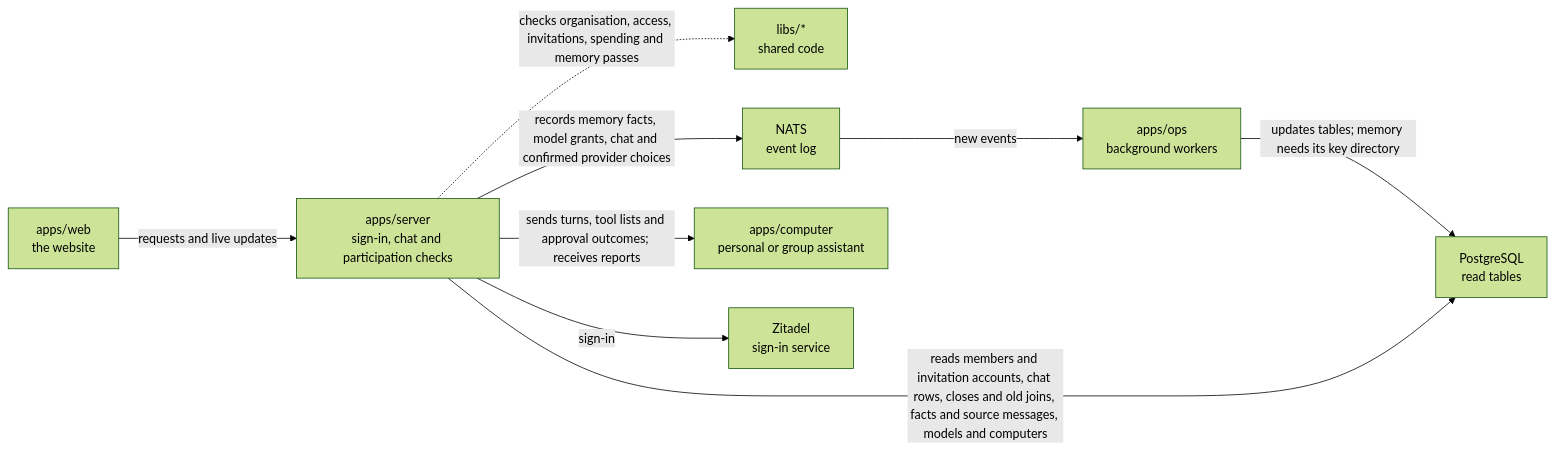
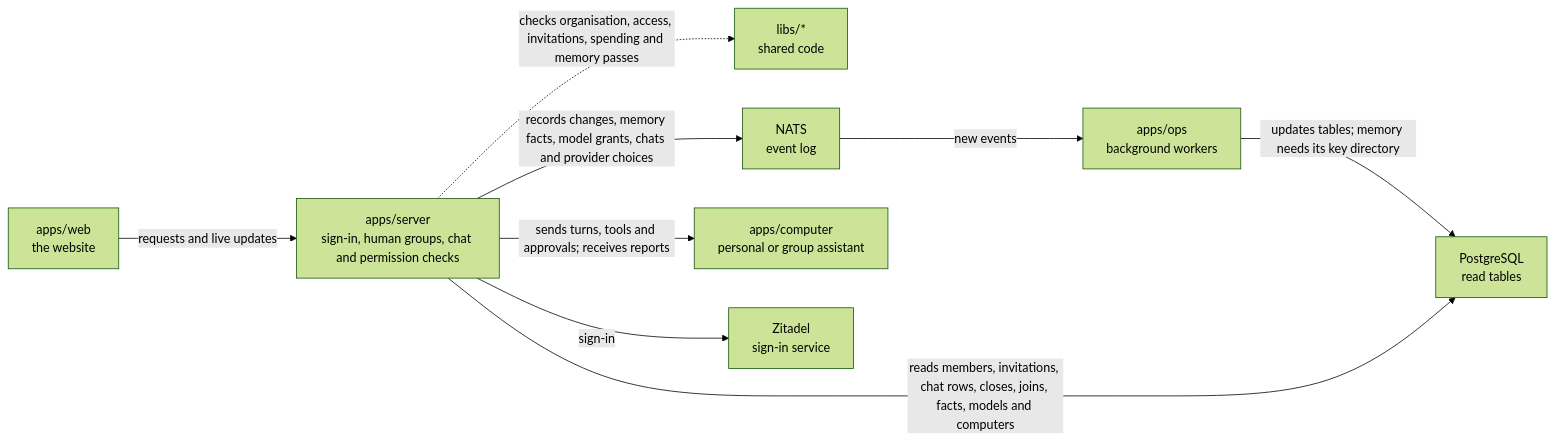
The diagram in apps/server/README.md (elewa-git/opencrane-new), drawn with Mermaid (forest theme) before and after one commit. The commit also changed other lines of this file and 18 other files, not shown here.

First line of the commit message:
👥 Members can start a group chat from colleagues or a reviewed group snapshot, and messages never start AI work (#298)

````diff
--- a/apps/server/README.md
+++ b/apps/server/README.md
@@ -11,13 +11,11 @@
 ```mermaid
 flowchart LR
-
-  web["apps/web<br/>the website"] -->|requests and live updates| server["apps/server<br/>sign-in, chat and participation checks"]
+  web["apps/web<br/>the website"] -->|requests and live updates| server["apps/server<br/>sign-in, human groups, chat and permission checks"]
   server -.->|checks organisation, access, invitations, spending and memory passes| libs["libs/*<br/>shared code"]
-  server -->|records memory facts, model grants, chat and confirmed provider choices| nats["NATS<br/>event log"]
-
+  server -->|records changes, memory facts, model grants, chats and provider choices| nats["NATS<br/>event log"]
   nats -->|new events| ops["apps/ops<br/>background workers"]
   ops -->|updates tables; memory needs its key directory| postgres["PostgreSQL<br/>read tables"]
-  server -->|reads members and invitation accounts, chat rows, closes and old joins, facts and source messages, models and computers| postgres
-  server -->|sends turns, tool lists and approval outcomes; receives reports| computer["apps/computer<br/>personal or group assistant"]
+  server -->|reads members, invitations, chat rows, closes, joins, facts, models and computers| postgres
+  server -->|sends turns, tools and approvals; receives reports| computer["apps/computer<br/>personal or group assistant"]
   server -->|sign-in| zitadel["Zitadel<br/>sign-in service"]
 ```
````
